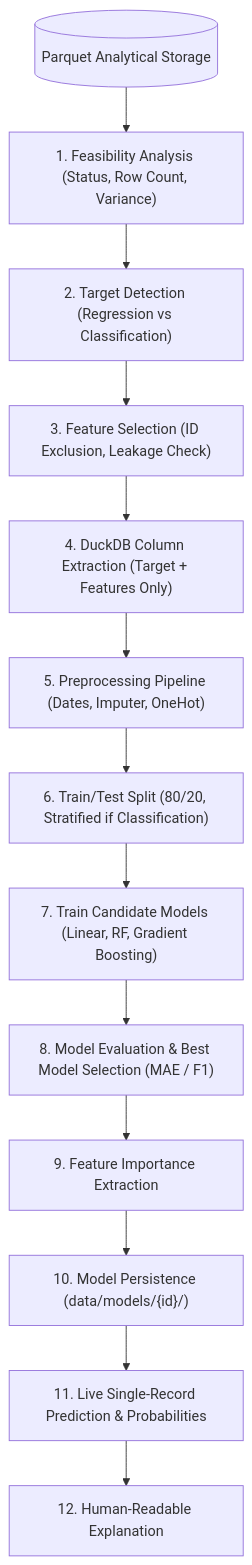
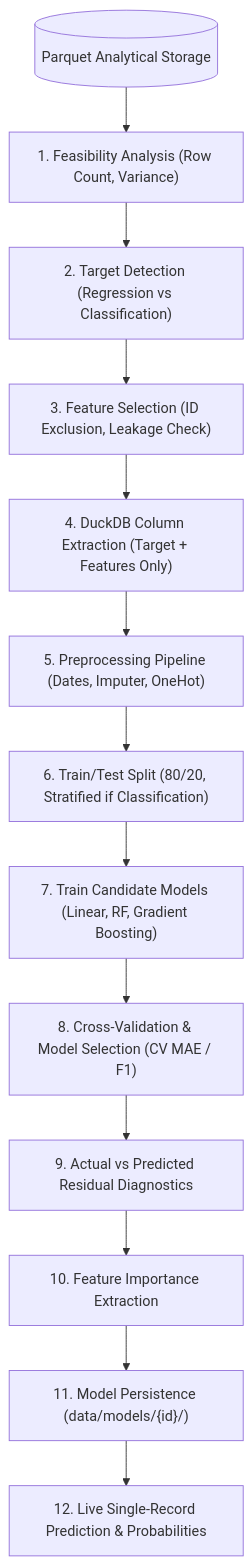
The diagram in docs/PREDICTION.md (darshigithub/prediqo-v2), drawn with Mermaid before and after one commit. The commit also changed other lines of this file and 175 other files, not shown here.

````diff
--- a/docs/PREDICTION.md
+++ b/docs/PREDICTION.md
@@ -33,15 +34,15 @@
 ```mermaid
 flowchart TD
-    Dataset[("Parquet Analytical Storage")] --> Feasibility["1. Feasibility Analysis (Status, Row Count, Variance)"]
+    Dataset[("Parquet Analytical Storage")] --> Feasibility["1. Feasibility Analysis (Row Count, Variance)"]
     Feasibility --> TargetDetection["2. Target Detection (Regression vs Classification)"]
     TargetDetection --> FeatureSelection["3. Feature Selection (ID Exclusion, Leakage Check)"]
     FeatureSelection --> DuckDBExtract["4. DuckDB Column Extraction (Target + Features Only)"]
     DuckDBExtract --> Preprocessing["5. Preprocessing Pipeline (Dates, Imputer, OneHot)"]
     Preprocessing --> TrainSplit["6. Train/Test Split (80/20, Stratified if Classification)"]
     TrainSplit --> TrainCandidates["7. Train Candidate Models (Linear, RF, Gradient Boosting)"]
-    TrainCandidates --> Evaluation["8. Model Evaluation & Best Model Selection (MAE / F1)"]
-    Evaluation --> Importance["9. Feature Importance Extraction"]
-    Importance --> Persistence["10. Model Persistence (data/models/{id}/)"]
-    Persistence --> Prediction["11. Live Single-Record Prediction & Probabilities"]
-    Prediction --> Explanation["12. Human-Readable Explanation"]
+    TrainCandidates --> Evaluation["8. Cross-Validation & Model Selection (CV MAE / F1)"]
+    Evaluation --> Residuals["9. Actual vs Predicted Residual Diagnostics"]
+    Residuals --> Importance["10. Feature Importance Extraction"]
+    Importance --> Persistence["11. Model Persistence (data/models/{id}/)"]
+    Persistence --> Prediction["12. Live Single-Record Prediction & Probabilities"]
 ```
````
